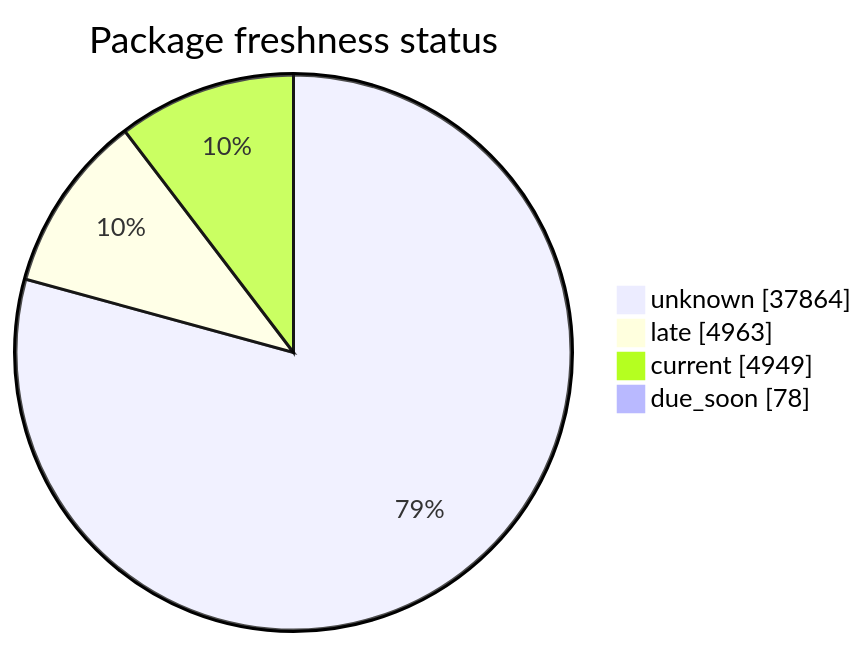
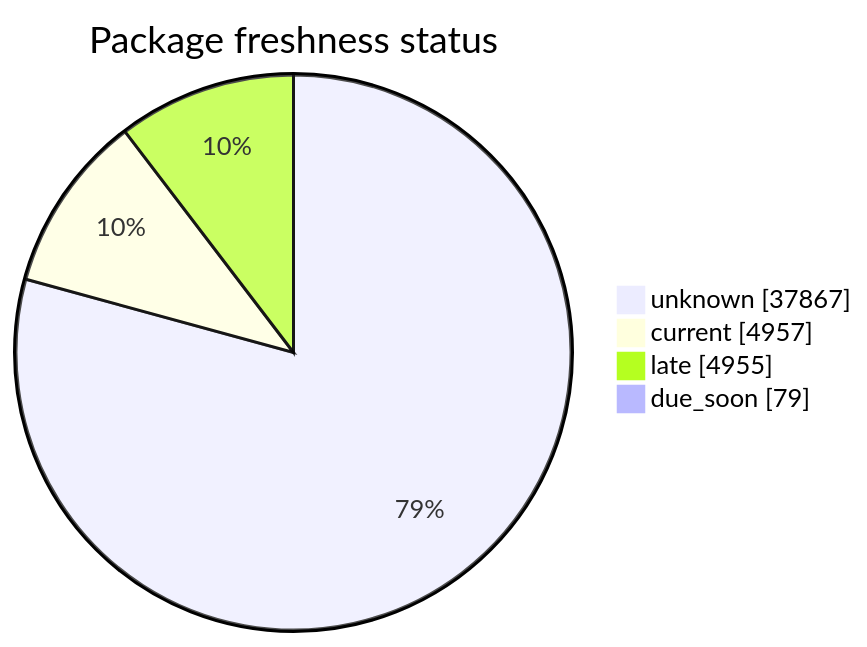
The second of 5 diagrams in FreshCheck/README.md (open-data/analytics-corporate-reporting), drawn with Mermaid before and after one commit. The commit also changed other lines of this file and 3 other files, not shown here.

````diff
--- a/FreshCheck/README.md
+++ b/FreshCheck/README.md
@@ -68,7 +68,7 @@
 ```mermaid
 pie showData title Package freshness status
-    "unknown": 37864
-    "late": 4963
-    "current": 4949
-    "due_soon": 78
+    "unknown": 37867
+    "current": 4957
+    "late": 4955
+    "due_soon": 79
 ```
````
